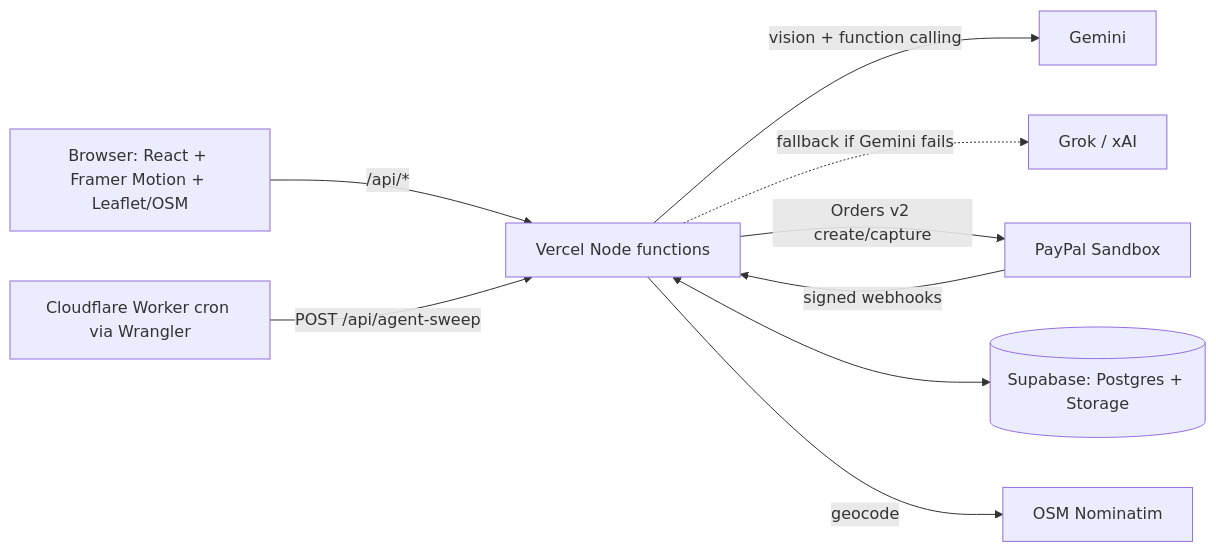
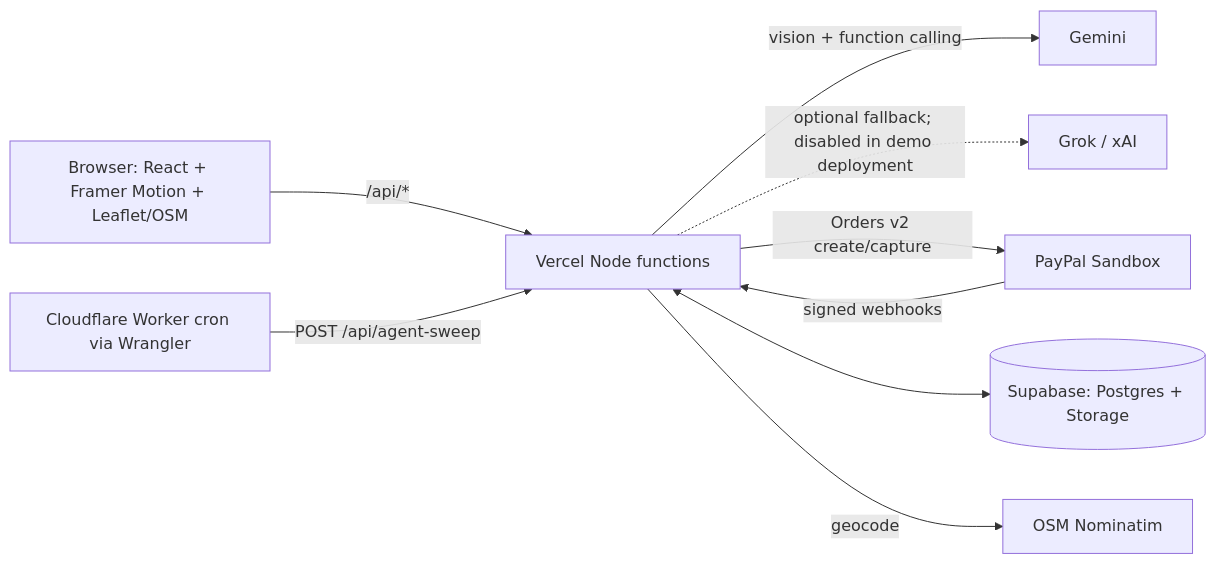
Before and after one commit to ullas1807/splitpilot: the diagram in README.md, drawn with Mermaid. The commit also changed other lines of this file, not shown here.

````diff
--- a/README.md
+++ b/README.md
@@ -31,11 +37,11 @@
 ```mermaid
 flowchart LR
   U[Browser: React + Framer Motion + Leaflet/OSM] -->|/api/*| V[Vercel Node functions]
   V -->|vision + function calling| G[Gemini]
-  V -.->|fallback if Gemini fails| X[Grok / xAI]
+  V -.->|optional fallback; disabled in demo deployment| X[Grok / xAI]
   V -->|Orders v2 create/capture| P[PayPal Sandbox]
   P -->|signed webhooks| V
   V <--> S[(Supabase: Postgres + Storage)]
   C[Cloudflare Worker cron via Wrangler] -->|POST /api/agent-sweep| V
   V -->|geocode| N[OSM Nominatim]
 ```
````
